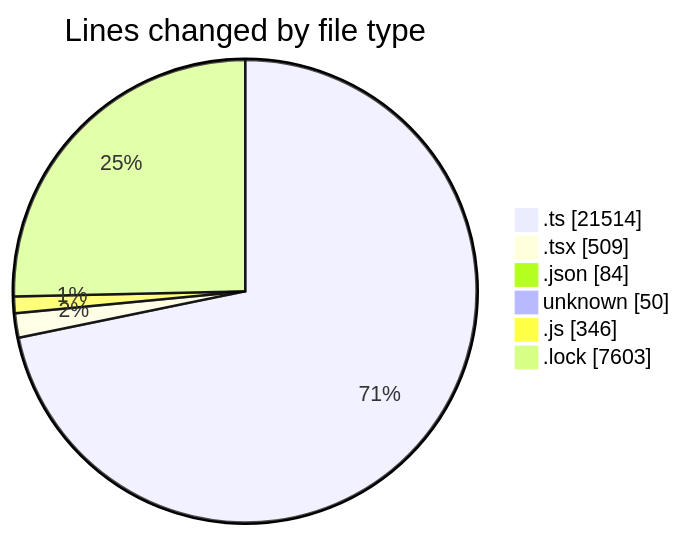
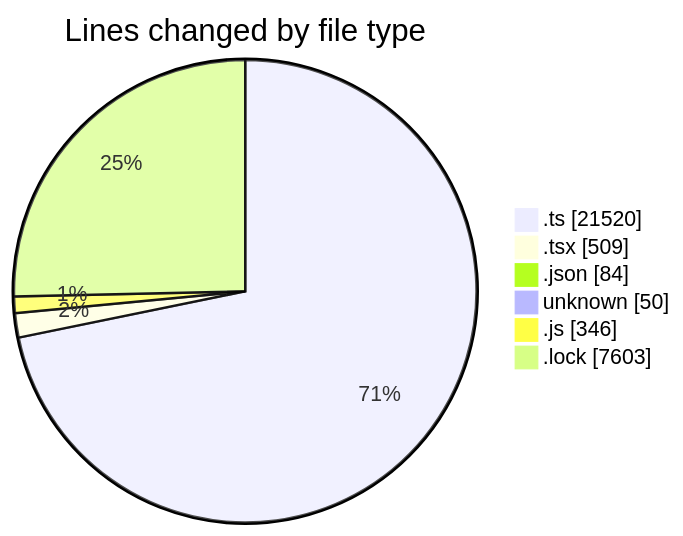
Before and after one commit to momahboobian/code-tracking: the first of 2 diagrams in 2025-11-28/cda/README.md, drawn with Mermaid. The commit also changed other lines of this file and 1 other file, not shown here.

````diff
--- a/2025-11-28/cda/README.md
+++ b/2025-11-28/cda/README.md
@@ -33,10 +33,10 @@
 ```mermaid
 pie showData
 title Lines changed by file type
-".ts" : 21514
+".ts" : 21520
 ".tsx" : 509
 ".json" : 84
 "unknown" : 50
 ".js" : 346
 ".lock" : 7603
 ```
````
